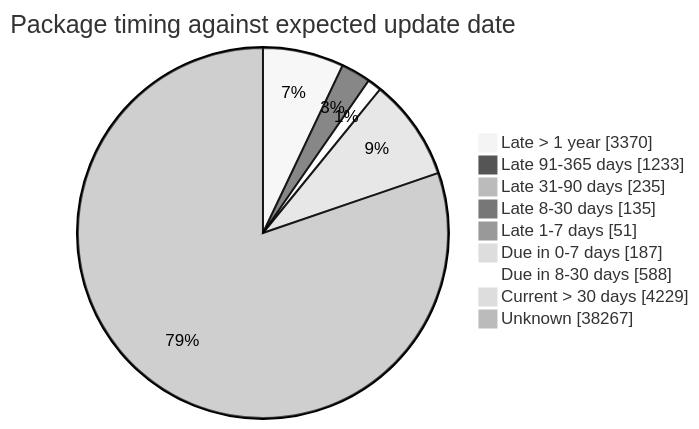
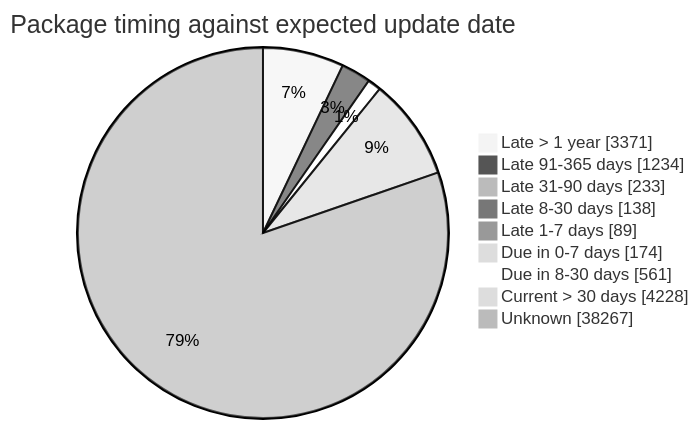
One commit to open-data/analytics-corporate-reporting changed the fourth of 5 diagrams in FreshCheck/README.md. Above: the diagram before and after it, drawn with Mermaid (neutral theme). The commit also changed other lines of this file and 3 other files, not shown here.

````diff
--- a/FreshCheck/README.md
+++ b/FreshCheck/README.md
@@ -86,12 +86,12 @@
 ```mermaid
 pie showData title Package timing against expected update date
-    "Late > 1 year": 3370
-    "Late 91-365 days": 1233
-    "Late 31-90 days": 235
-    "Late 8-30 days": 135
-    "Late 1-7 days": 51
-    "Due in 0-7 days": 187
-    "Due in 8-30 days": 588
-    "Current > 30 days": 4229
+    "Late > 1 year": 3371
+    "Late 91-365 days": 1234
+    "Late 31-90 days": 233
+    "Late 8-30 days": 138
+    "Late 1-7 days": 89
+    "Due in 0-7 days": 174
+    "Due in 8-30 days": 561
+    "Current > 30 days": 4228
     "Unknown": 38267
 ```
````
